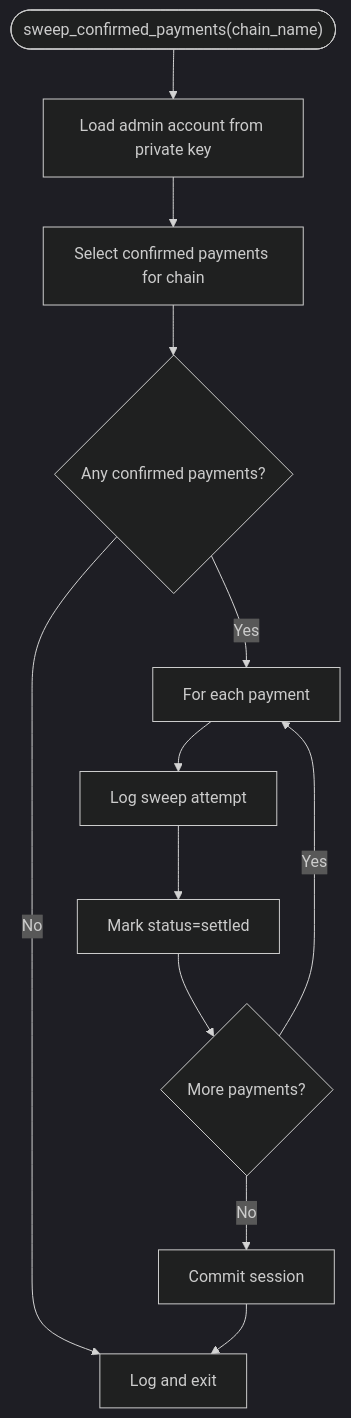
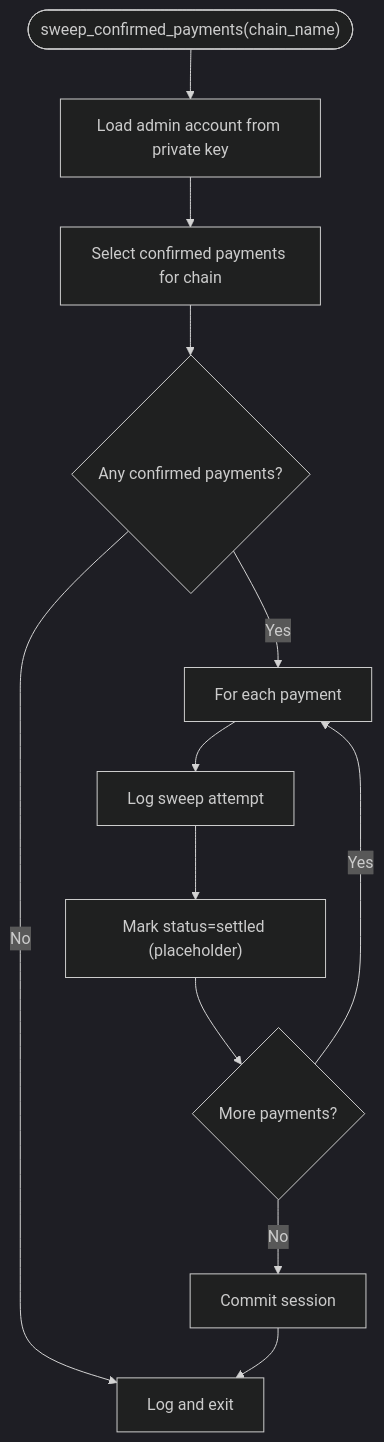
One commit to rakibhossain72/ctrip-docs changed the fourth of 8 diagrams in docs/core-services/core-services.md. Above: the diagram before and after it, drawn with Mermaid (dark theme). The commit also changed other lines of this file and 25 other files, not shown here.

````diff
--- a/docs/core-services/core-services.md
+++ b/docs/core-services/core-services.md
@@ -249,14 +262,14 @@
 ```mermaid
 flowchart TD
 SStart(["sweep_confirmed_payments(chain_name)"]) --> LoadAdmin["Load admin account from private key"]
 LoadAdmin --> FetchConfirmed["Select confirmed payments for chain"]
 FetchConfirmed --> Any{"Any confirmed payments?"}
 Any --> |No| SEnd["Log and exit"]
 Any --> |Yes| ForEach["For each payment"]
 ForEach --> LogSweep["Log sweep attempt"]
-LogSweep --> MarkSettled["Mark status=settled"]
+LogSweep --> MarkSettled["Mark status=settled (placeholder)"]
 MarkSettled --> Next{"More payments?"}
 Next --> |Yes| ForEach
 Next --> |No| Commit["Commit session"]
 Commit --> SEnd
 ```
````
